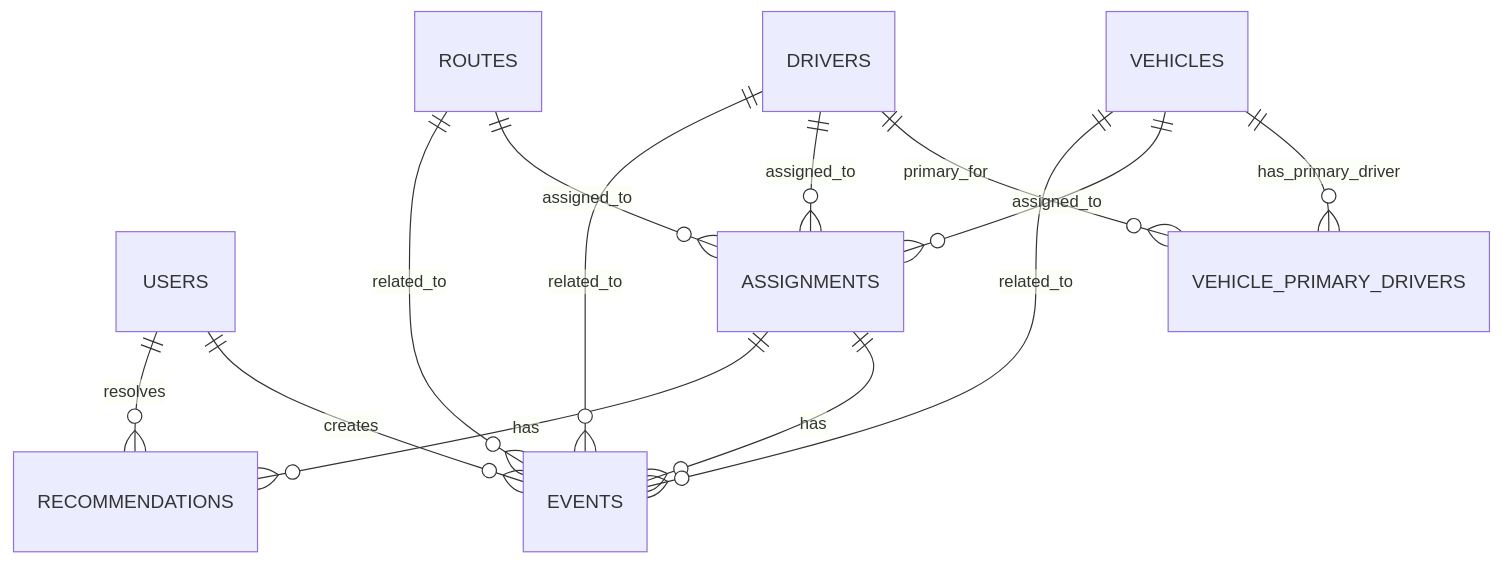
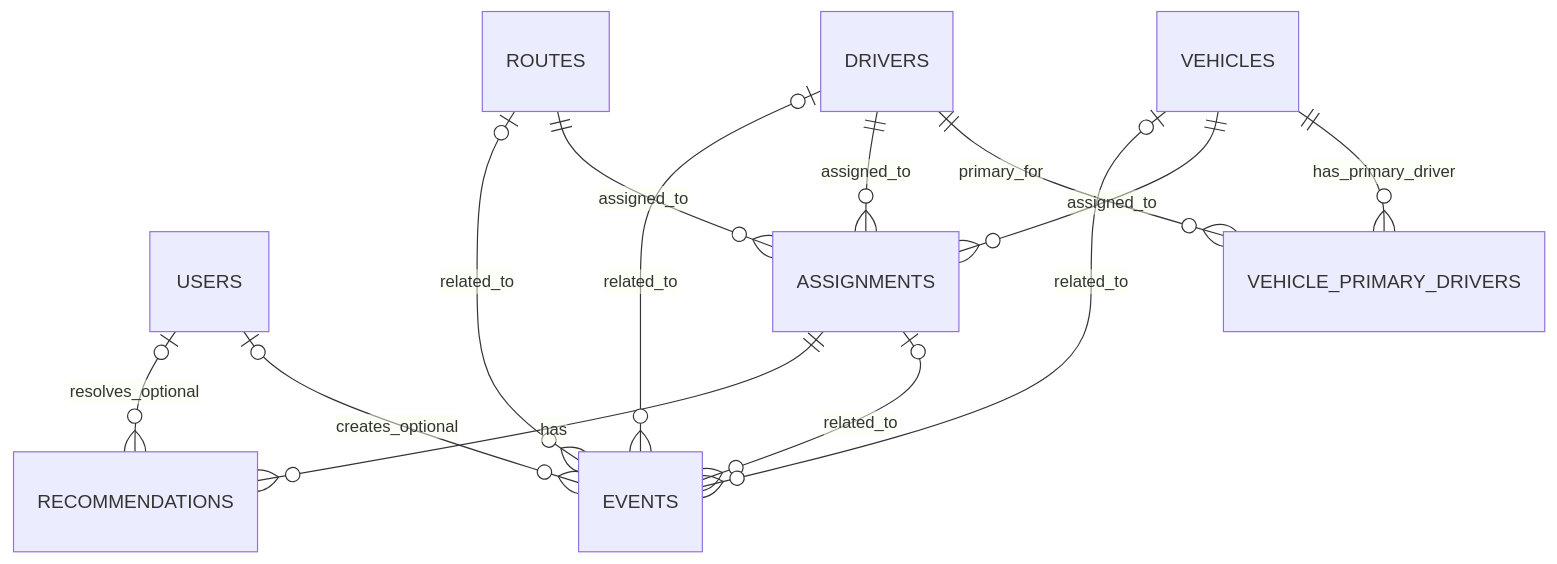
The diagram in docs/er-diagram.md (nongwen-afk/Dashboard-Lung), drawn with Mermaid before and after one commit. The commit also changed other lines of this file and 3 other files, not shown here.

````diff
--- a/docs/er-diagram.md
+++ b/docs/er-diagram.md
@@ -5,19 +5,19 @@
 ```mermaid
 erDiagram
-    USERS ||--o{ EVENTS : creates
-    USERS ||--o{ RECOMMENDATIONS : resolves
+    USERS |o--o{ EVENTS : creates_optional
+    USERS |o--o{ RECOMMENDATIONS : resolves_optional
 
     DRIVERS ||--o{ VEHICLE_PRIMARY_DRIVERS : primary_for
     VEHICLES ||--o{ VEHICLE_PRIMARY_DRIVERS : has_primary_driver
 
     VEHICLES ||--o{ ASSIGNMENTS : assigned_to
     DRIVERS ||--o{ ASSIGNMENTS : assigned_to
     ROUTES ||--o{ ASSIGNMENTS : assigned_to
 
-    ASSIGNMENTS ||--o{ EVENTS : has
+    ASSIGNMENTS |o--o{ EVENTS : related_to
     ASSIGNMENTS ||--o{ RECOMMENDATIONS : has
 
-    VEHICLES ||--o{ EVENTS : related_to
-    DRIVERS ||--o{ EVENTS : related_to
-    ROUTES ||--o{ EVENTS : related_to
+    VEHICLES |o--o{ EVENTS : related_to
+    DRIVERS |o--o{ EVENTS : related_to
+    ROUTES |o--o{ EVENTS : related_to
 ```
````
